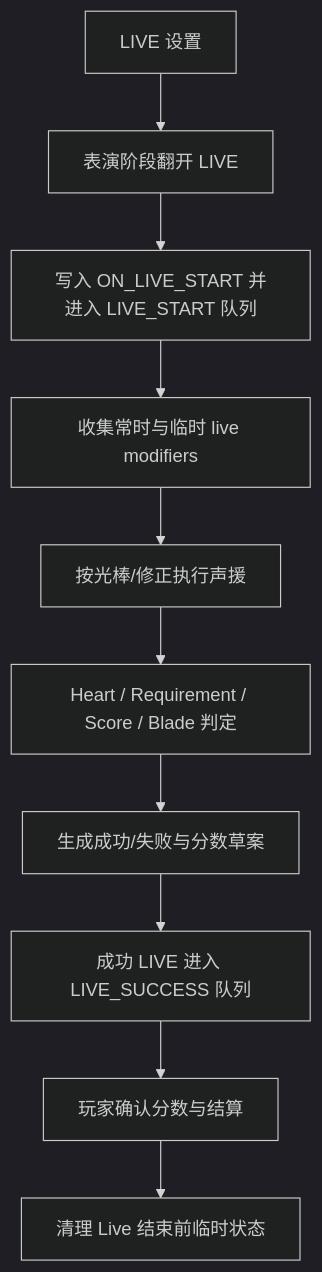
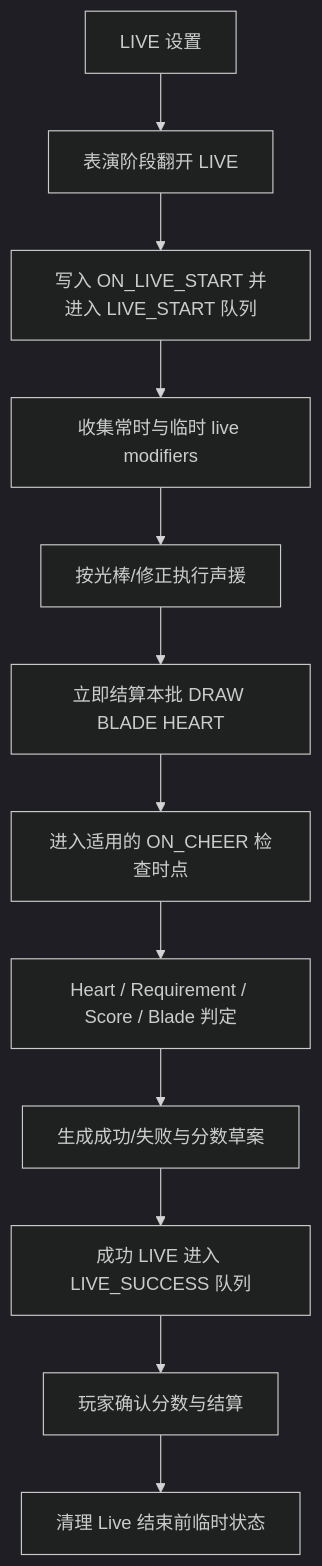
One commit to catmeow123456/loveca-dev changed the third of 5 diagrams in docs/runtime-data-flow-and-algorithm-chain.md. Above: the diagram before and after it, drawn with Mermaid (dark theme). The commit also changed other lines of this file and 26 other files, not shown here.

````diff
--- a/docs/runtime-data-flow-and-algorithm-chain.md
+++ b/docs/runtime-data-flow-and-algorithm-chain.md
@@ -261,12 +261,14 @@
 ```mermaid
 flowchart TD
     SetLive[LIVE 设置] --> Performance[表演阶段翻开 LIVE]
     Performance --> LiveStart[写入 ON_LIVE_START 并进入 LIVE_START 队列]
     LiveStart --> Modifiers[收集常时与临时 live modifiers]
     Modifiers --> Cheer[按光棒/修正执行声援]
-    Cheer --> Judge[Heart / Requirement / Score / Blade 判定]
+    Cheer --> CheerDraw[立即结算本批 DRAW BLADE HEART]
+    CheerDraw --> CheerTiming[进入适用的 ON_CHEER 检查时点]
+    CheerTiming --> Judge[Heart / Requirement / Score / Blade 判定]
     Judge --> Draft[生成成功/失败与分数草案]
     Draft --> Success[成功 LIVE 进入 LIVE_SUCCESS 队列]
     Success --> Confirm[玩家确认分数与结算]
     Confirm --> Cleanup[清理 Live 结束前临时状态]
 ```
````
